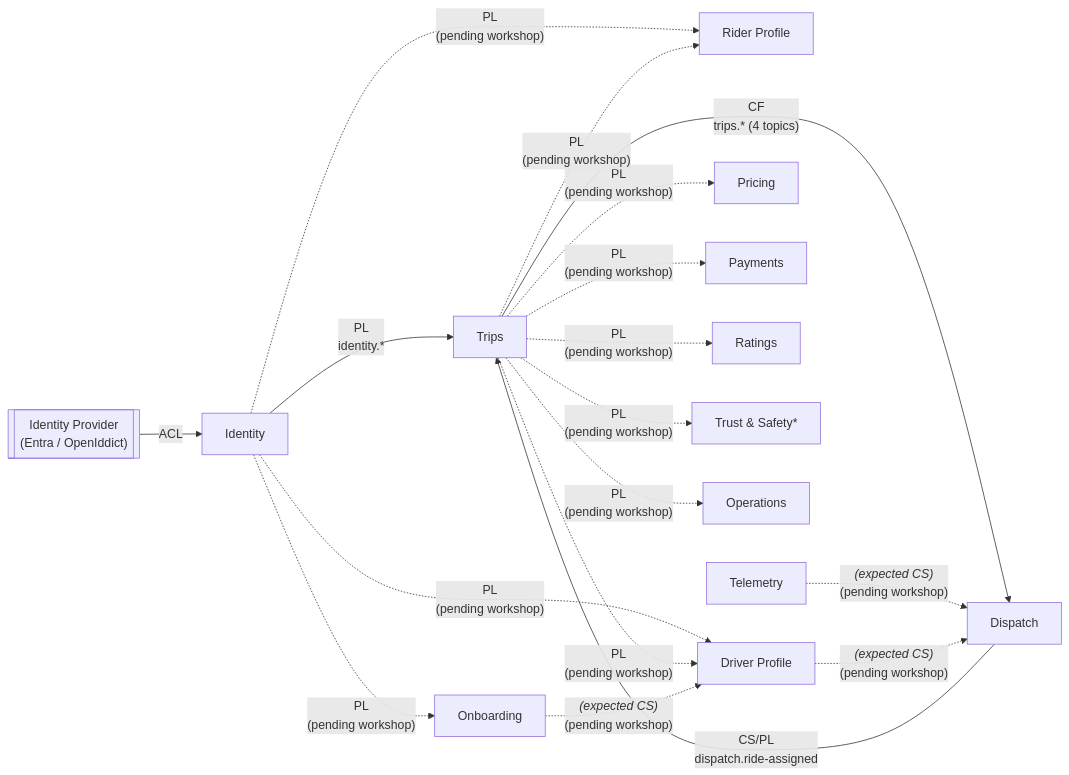
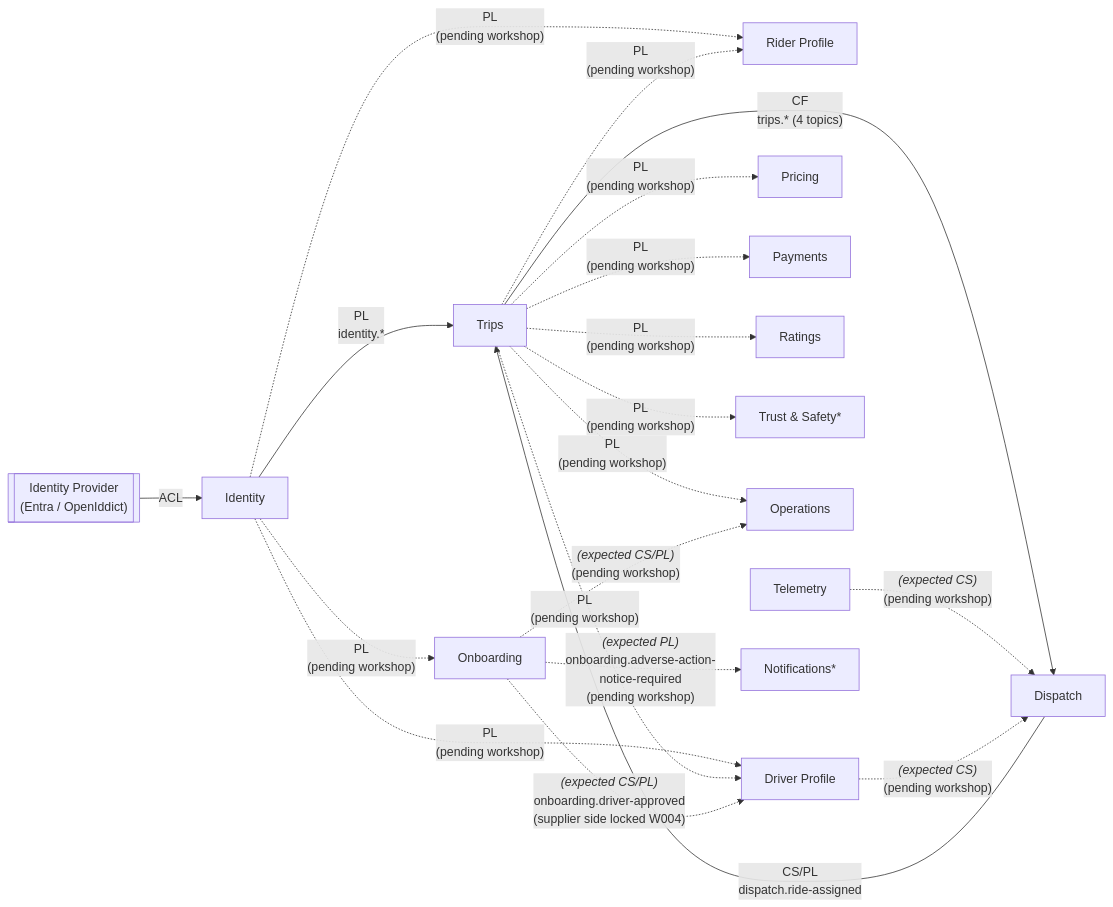
One commit to erikshafer/CritterCab changed the diagram in docs/context-map/README.md. Above: the diagram before and after it, drawn with Mermaid. The commit also changed other lines of this file and 7 other files, not shown here.

First line of the commit message:
Workshop 004: Onboarding Event Model (Process Manager via Handlers) (#29)

````diff
--- a/docs/context-map/README.md
+++ b/docs/context-map/README.md
@@ -19,20 +19,22 @@
 ```mermaid
 flowchart LR
     Provider[["Identity Provider<br/>(Entra / OpenIddict)"]] -->|"ACL"| Identity
     Dispatch -->|"CS/PL<br/>dispatch.ride-assigned"| Trips
     Trips -->|"CF<br/>trips.* (4 topics)"| Dispatch
     Identity -->|"PL<br/>identity.*"| Trips
     Identity -.->|"PL<br/>(pending workshop)"| RiderProfile["Rider Profile"]
     Identity -.->|"PL<br/>(pending workshop)"| DriverProfile["Driver Profile"]
     Identity -.->|"PL<br/>(pending workshop)"| Onboarding
     Trips -.->|"PL<br/>(pending workshop)"| Pricing
     Trips -.->|"PL<br/>(pending workshop)"| Payments
     Trips -.->|"PL<br/>(pending workshop)"| Ratings
     Trips -.->|"PL<br/>(pending workshop)"| DriverProfile
     Trips -.->|"PL<br/>(pending workshop)"| RiderProfile
     Trips -.->|"PL<br/>(pending workshop)"| TrustSafety["Trust &amp; Safety*"]
     Trips -.->|"PL<br/>(pending workshop)"| Operations
     Telemetry -.->|"<i>(expected CS)</i><br/>(pending workshop)"| Dispatch
-    Onboarding -.->|"<i>(expected CS)</i><br/>(pending workshop)"| DriverProfile
+    Onboarding -.->|"<i>(expected CS/PL)</i><br/>onboarding.driver-approved<br/>(supplier side locked W004)"| DriverProfile
+    Onboarding -.->|"<i>(expected CS/PL)</i><br/>(pending workshop)"| Operations
+    Onboarding -.->|"<i>(expected PL)</i><br/>onboarding.adverse-action-<br/>notice-required<br/>(pending workshop)"| Notifications["Notifications*"]
     DriverProfile -.->|"<i>(expected CS)</i><br/>(pending workshop)"| Dispatch
 ```
````
